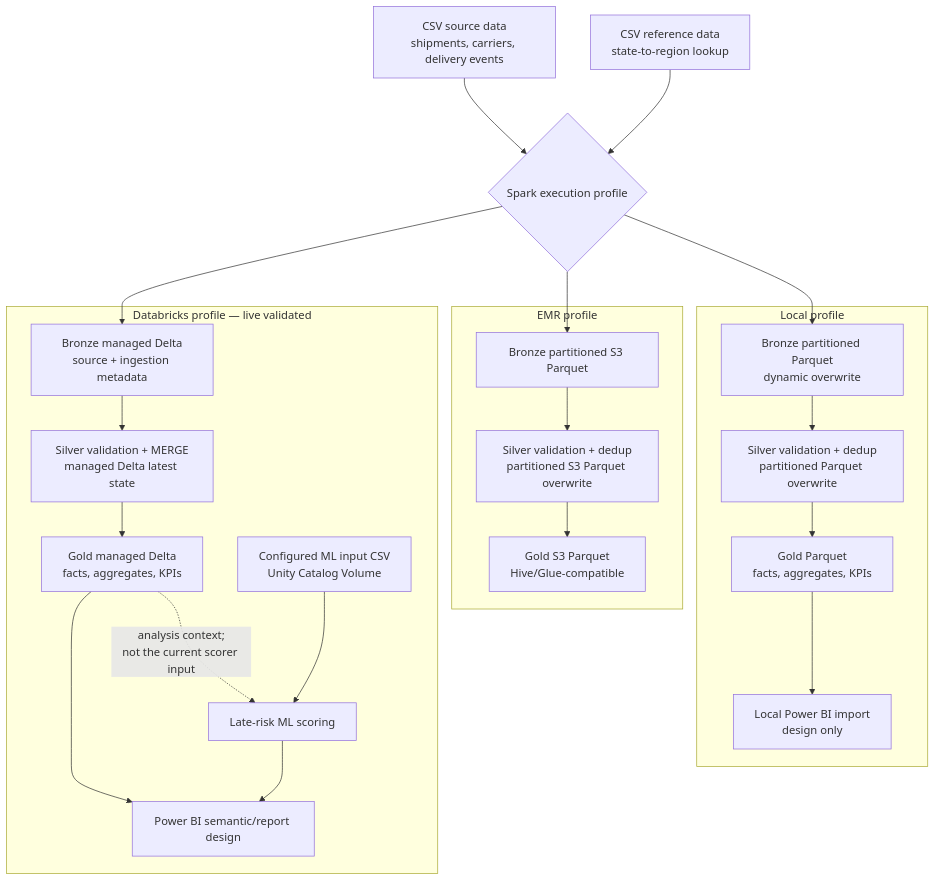
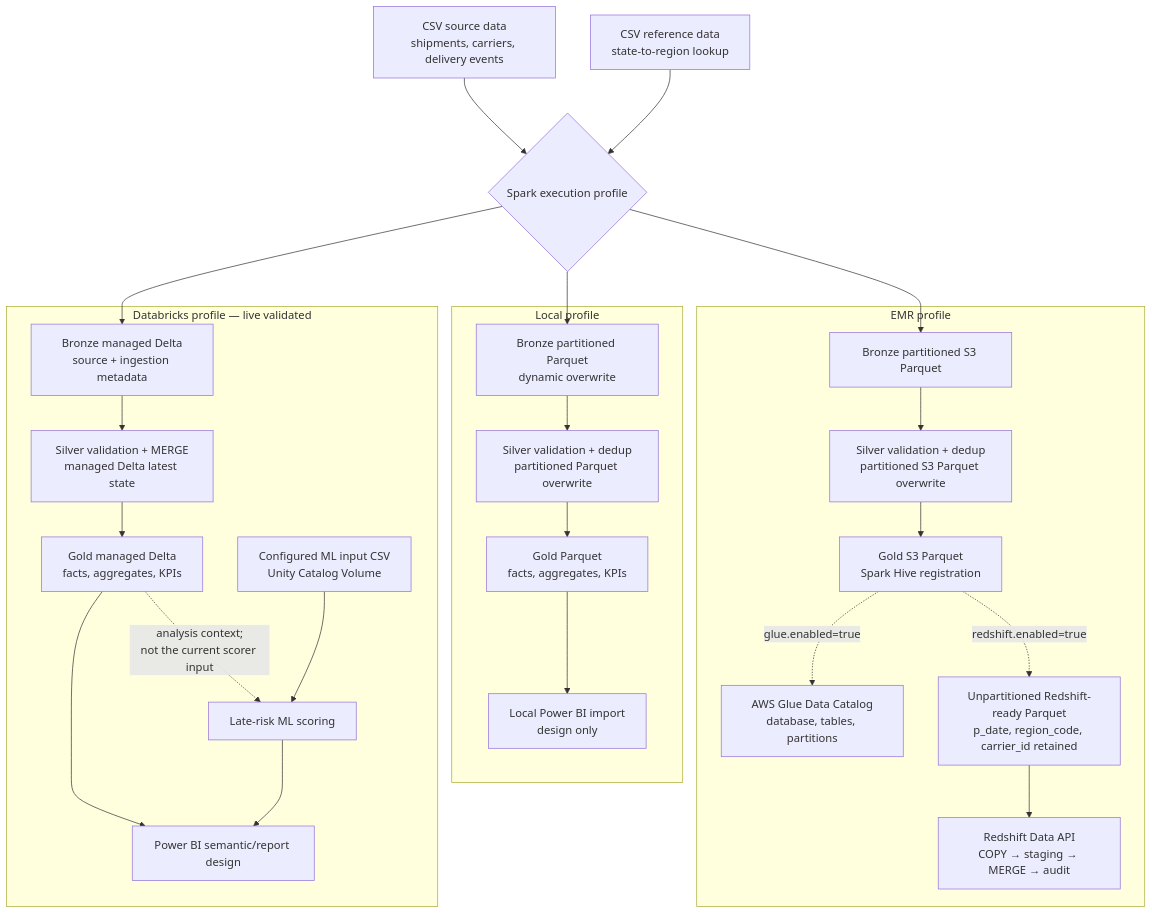
The first of 2 diagrams in docs/architecture.md (Sivarohitk/Transportation-Shipment-ETL-Pipeline), drawn with Mermaid before and after one commit. The commit also changed other lines of this file and 17 other files, not shown here.

Commit message:
"Implement AWS Glue Data Catalog publishing"

````diff
--- a/docs/architecture.md
+++ b/docs/architecture.md
@@ -22,32 +27,35 @@
 ```mermaid
 flowchart TB
     SRC["CSV source data<br/>shipments, carriers, delivery events"]
     REF["CSV reference data<br/>state-to-region lookup"]
     PROFILE{"Spark execution profile"}
     SRC --> PROFILE
     REF --> PROFILE
 
     subgraph LOCAL["Local profile"]
         LB["Bronze partitioned Parquet<br/>dynamic overwrite"] --> LS["Silver validation + dedup<br/>partitioned Parquet overwrite"]
         LS --> LG["Gold Parquet<br/>facts, aggregates, KPIs"]
         LG --> LP["Local Power BI import<br/>design only"]
     end
 
     subgraph EMR["EMR profile"]
         EB["Bronze partitioned S3 Parquet"] --> ES["Silver validation + dedup<br/>partitioned S3 Parquet overwrite"]
-        ES --> EG["Gold S3 Parquet<br/>Hive/Glue-compatible"]
+        ES --> EG["Gold S3 Parquet<br/>Spark Hive registration"]
+        EG -. "glue.enabled=true" .-> GC["AWS Glue Data Catalog<br/>database, tables, partitions"]
+        EG -. "redshift.enabled=true" .-> RX["Unpartitioned Redshift-ready Parquet<br/>p_date, region_code, carrier_id retained"]
+        RX --> RS["Redshift Data API<br/>COPY → staging → MERGE → audit"]
     end
 
     subgraph DBX["Databricks profile — live validated"]
         DB["Bronze managed Delta<br/>source + ingestion metadata"] --> DS["Silver validation + MERGE<br/>managed Delta latest state"]
         DS --> DG["Gold managed Delta<br/>facts, aggregates, KPIs"]
         DG -. "analysis context;<br/>not the current scorer input" .-> ML["Late-risk ML scoring"]
         MLC["Configured ML input CSV<br/>Unity Catalog Volume"] --> ML
         DG --> BI["Power BI semantic/report design"]
         ML --> BI
     end
 
     PROFILE --> LB
     PROFILE --> EB
     PROFILE --> DB
 ```
````
